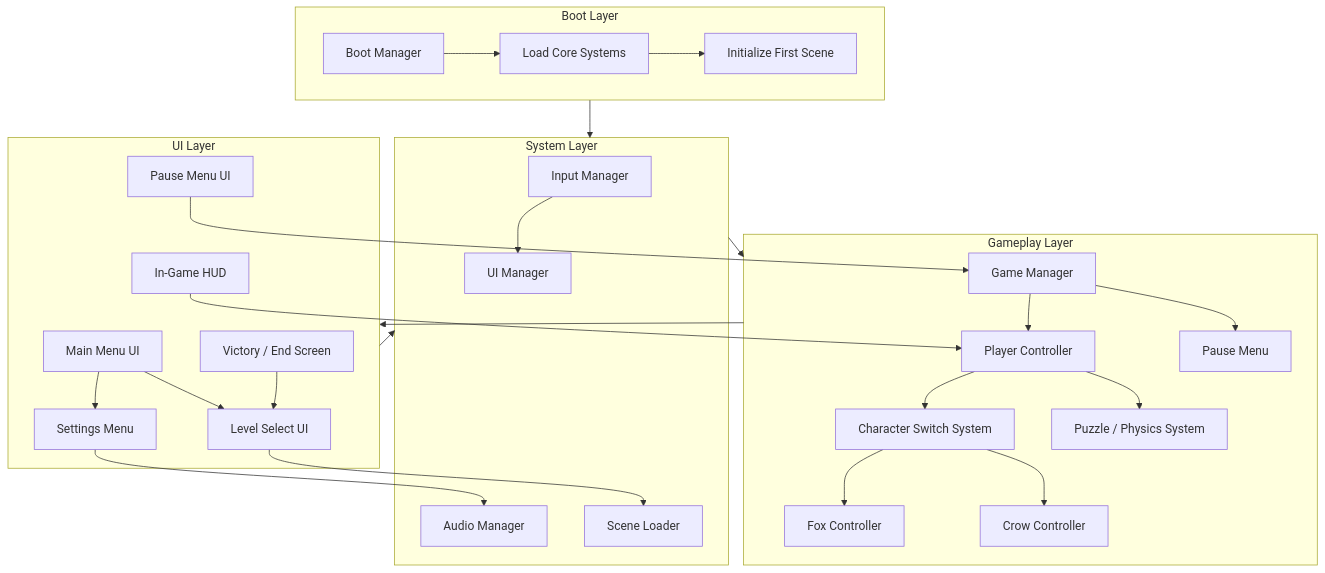
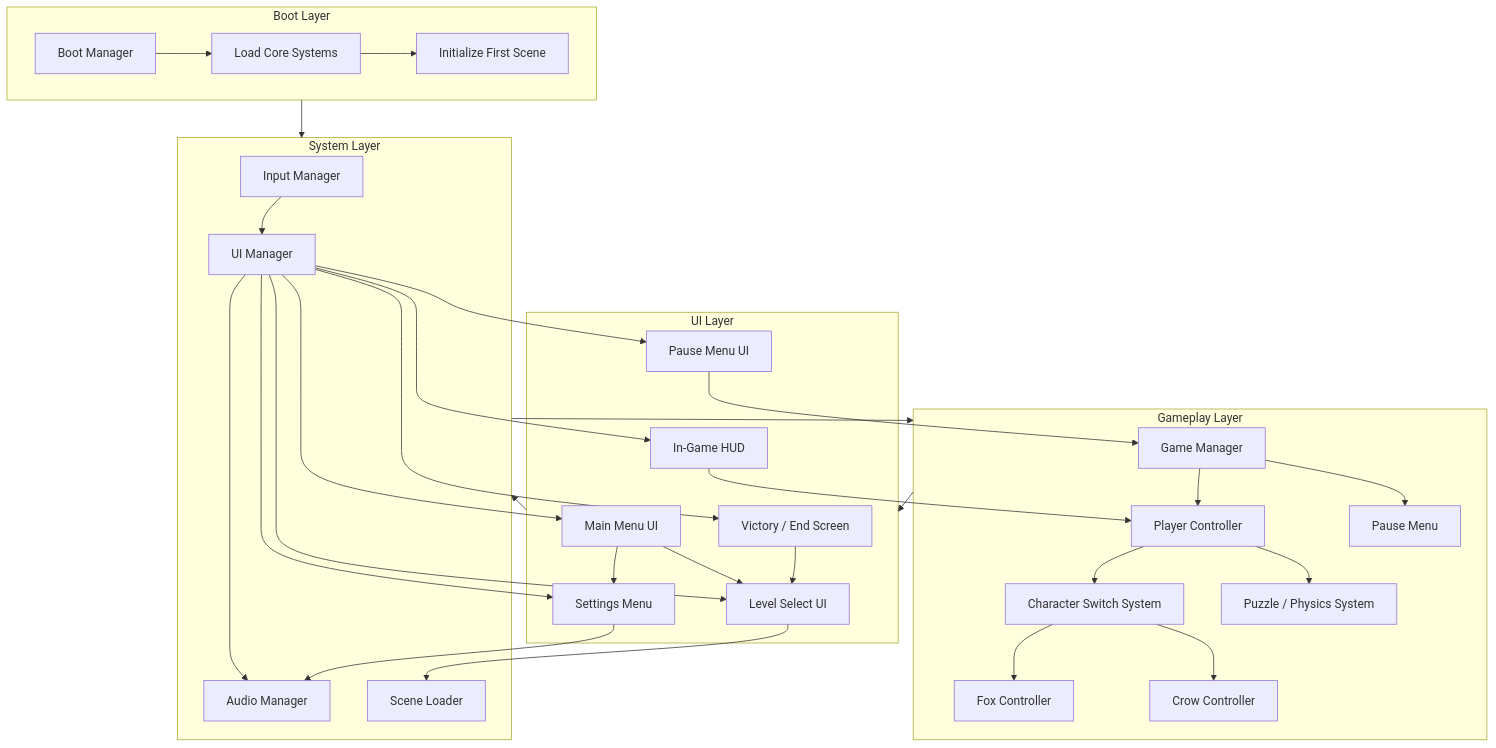
The second of 4 diagrams in README.md (Justsomeguy241/Out-of-the-box), drawn with Mermaid before and after one commit.

````diff
--- a/README.md
+++ b/README.md
@@ -51,63 +51,72 @@
 ```mermaid
 graph TD
 
 %% ========== BOOT / INIT ==========
 subgraph Boot_Layer["Boot Layer"]
     Boot[Boot Manager]
     LoadSystems[Load Core Systems]
     InitScene[Initialize First Scene]
     Boot --> LoadSystems --> InitScene
 end
 
-%% ========== SYSTEM LAYER ==========
+%% SYSTEM LAYER
 subgraph System_Layer["System Layer"]
     InputManager[Input Manager]
     AudioManager[Audio Manager]
     SceneLoader[Scene Loader]
     UIManager[UI Manager]
     InputManager --> UIManager
+    UIManager --> AudioManager
 end
 
 %% ========== GAMEPLAY LAYER ==========
 subgraph Gameplay_Layer["Gameplay Layer"]
     GameManager[Game Manager]
     PlayerController[Player Controller]
     SwitchSystem[Character Switch System]
     Fox[Fox Controller]
     Crow[Crow Controller]
     PuzzleSystem[Puzzle / Physics System]
     PauseMenu[Pause Menu]
     
     GameManager --> PlayerController
     PlayerController --> SwitchSystem
     SwitchSystem --> Fox
     SwitchSystem --> Crow
     PlayerController --> PuzzleSystem
     GameManager --> PauseMenu
 end
 
-%% ========== UI LAYER ==========
+%% UI LAYER
 subgraph UI_Layer["UI Layer"]
     MainMenu[Main Menu UI]
     LevelSelect[Level Select UI]
     SettingsUI[Settings Menu]
     PauseUI[Pause Menu UI]
     VictoryScreen[Victory / End Screen]
     HUD[In-Game HUD]
     
     MainMenu --> LevelSelect
     MainMenu --> SettingsUI
     LevelSelect --> SceneLoader
     PauseUI --> GameManager
     HUD --> PlayerController
     SettingsUI --> AudioManager
     VictoryScreen --> LevelSelect
+
+  %% UI Manager controls these
+    UIManager --> MainMenu
+    UIManager --> LevelSelect
+    UIManager --> SettingsUI
+    UIManager --> PauseUI
+    UIManager --> VictoryScreen
+    UIManager --> HUD
 end
 
 %% ========== CONNECTIONS BETWEEN LAYERS ==========
 Boot_Layer --> System_Layer
 System_Layer --> Gameplay_Layer
 Gameplay_Layer --> UI_Layer
 UI_Layer --> System_Layer
 
 ```
````
